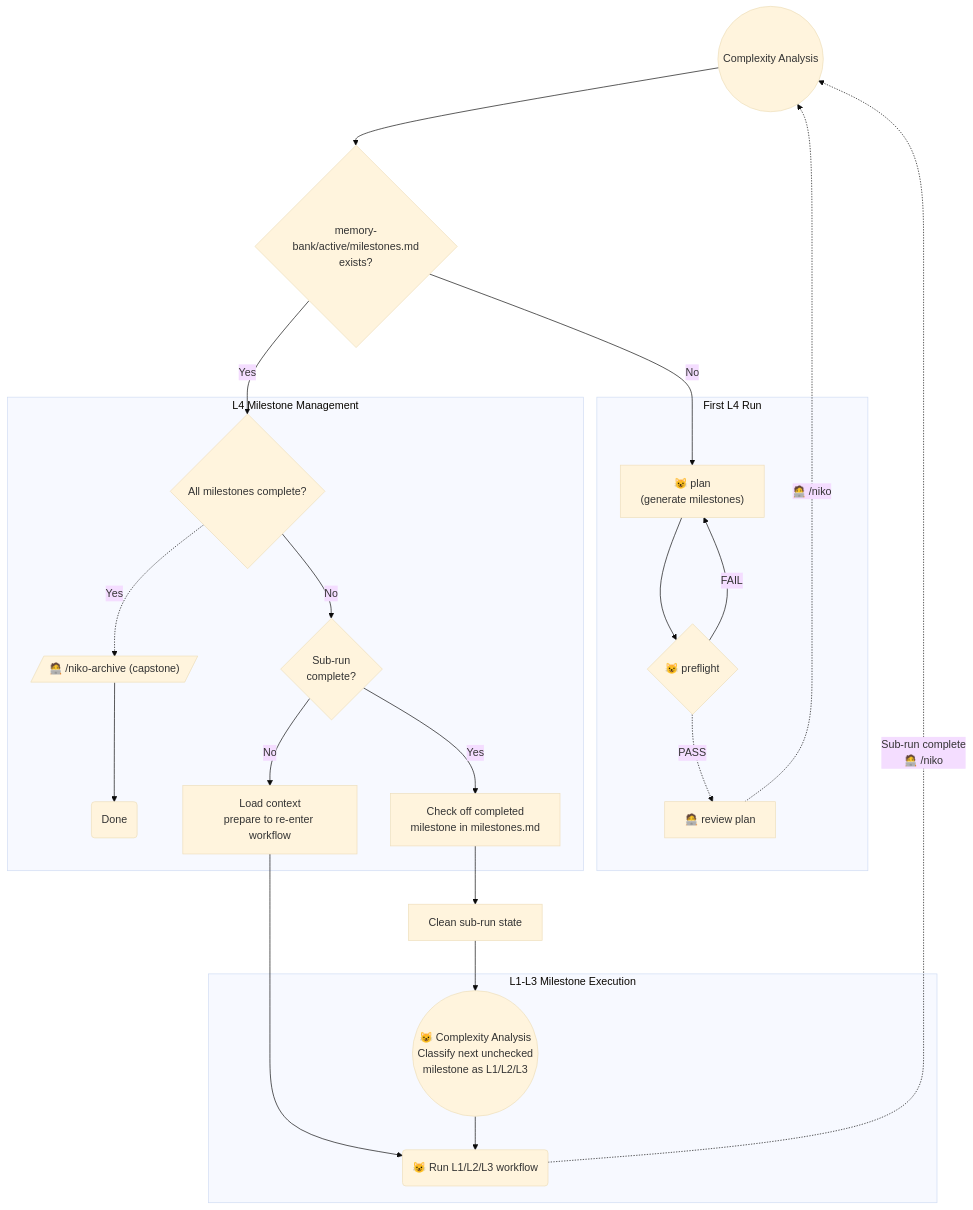
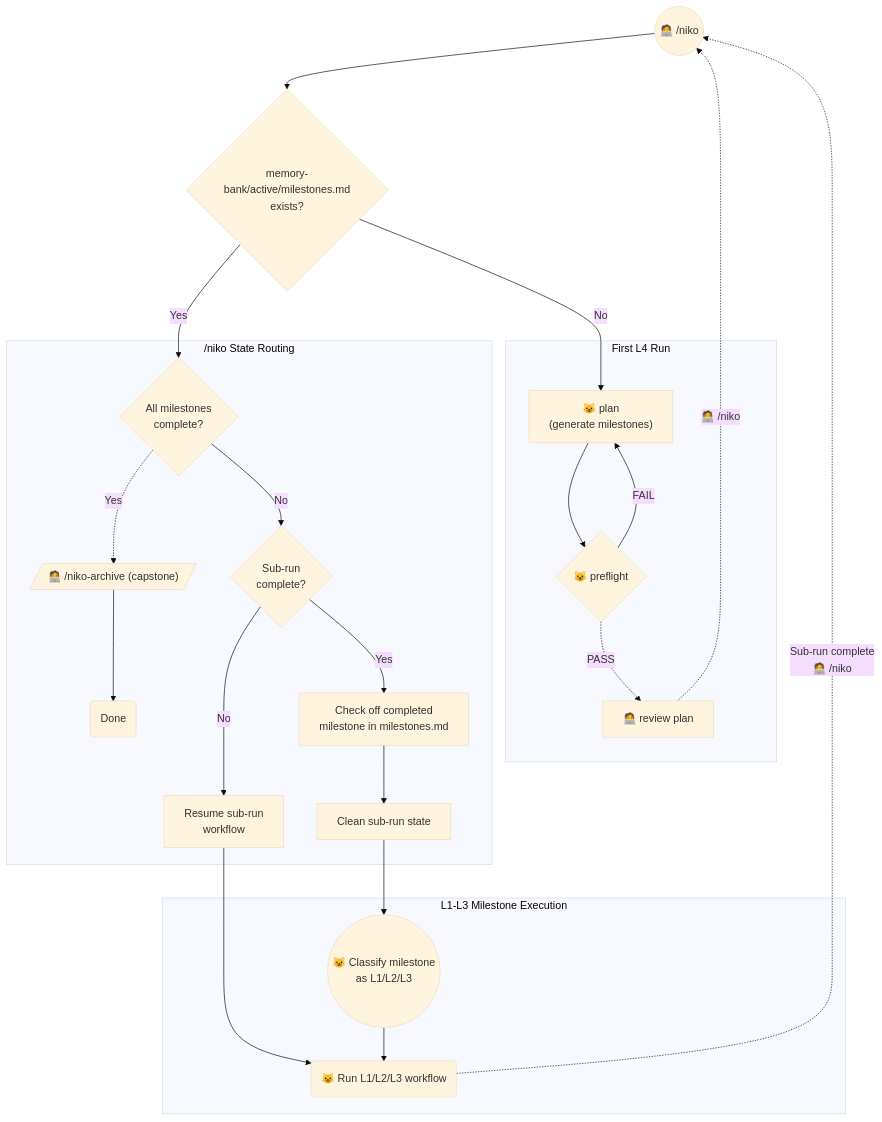
Before and after one commit to Texarkanine/.cursor-rules: the diagram in rulesets/niko/niko/level4/level4-workflow.mdc, drawn with Mermaid (base theme). The commit also changed other lines of this file and 6 other files, not shown here.

````diff
--- a/rulesets/niko/niko/level4/level4-workflow.mdc
+++ b/rulesets/niko/niko/level4/level4-workflow.mdc
@@ -11,49 +11,49 @@
 ```mermaid
 graph TD
 
-    Start(("Complexity Analysis"))
+    Start(("🧑‍💻 /niko"))
     CheckIfMilestones{"memory-bank/active/milestones.md<br>exists?"}
 
     subgraph Init["First L4 Run"]
         NikoPlan["😺 plan<br>(generate milestones)"]
         NikoPreflight{"😺 preflight"}
         ManualReview["🧑‍💻 review plan"]
     end
 
-    subgraph ReEntry["L4 Milestone Management"]
-        CheckMilestoneCompletion{"All milestones complete?"}
+    subgraph NikoRouting["/niko State Routing"]
+        CheckMilestoneCompletion{"All milestones<br>complete?"}
         Capstone[/"🧑‍💻 /niko-archive (capstone)"/]
-        Capstone -->Done("Done")
+        Capstone --> Done("Done")
         PrevDone{"Sub-run<br>complete?"}
         CheckOff["Check off completed<br>milestone in milestones.md"]
-        Resume["Load context<br>prepare to re-enter workflow"]
+        Cleanup["Clean sub-run state"]
+        Resume["Resume sub-run<br>workflow"]
     end
 
     subgraph SubWorkflow["L1-L3 Milestone Execution"]
-        NextSub(("😺 Complexity Analysis<br>Classify next unchecked<br>milestone as L1/L2/L3"))
+        Classify(("😺 Classify milestone<br>as L1/L2/L3"))
         SubRun("😺 Run L1/L2/L3 workflow")
     end
 
     Start --> CheckIfMilestones
 
     CheckIfMilestones -->|"No"| NikoPlan
     NikoPlan --> NikoPreflight
     NikoPreflight -->|"FAIL"| NikoPlan
 
     NikoPreflight -.->|"PASS"| ManualReview
     ManualReview -.->|"🧑‍💻 /niko"| Start
 
     CheckIfMilestones -->|"Yes"| CheckMilestoneCompletion
     CheckMilestoneCompletion -.->|"Yes"| Capstone
 
     CheckMilestoneCompletion -->|"No"| PrevDone
     PrevDone --"Yes"--> CheckOff
-    CheckOff --> Cleanup["Clean sub-run state"]
-    Cleanup --> NextSub
+    CheckOff --> Cleanup --> Classify
 
     PrevDone --"No"--> Resume
     Resume --> SubRun
 
-    NextSub --> SubRun
+    Classify --> SubRun
     SubRun -.->|"Sub-run complete<br>🧑‍💻 /niko"| Start
 ```
````
